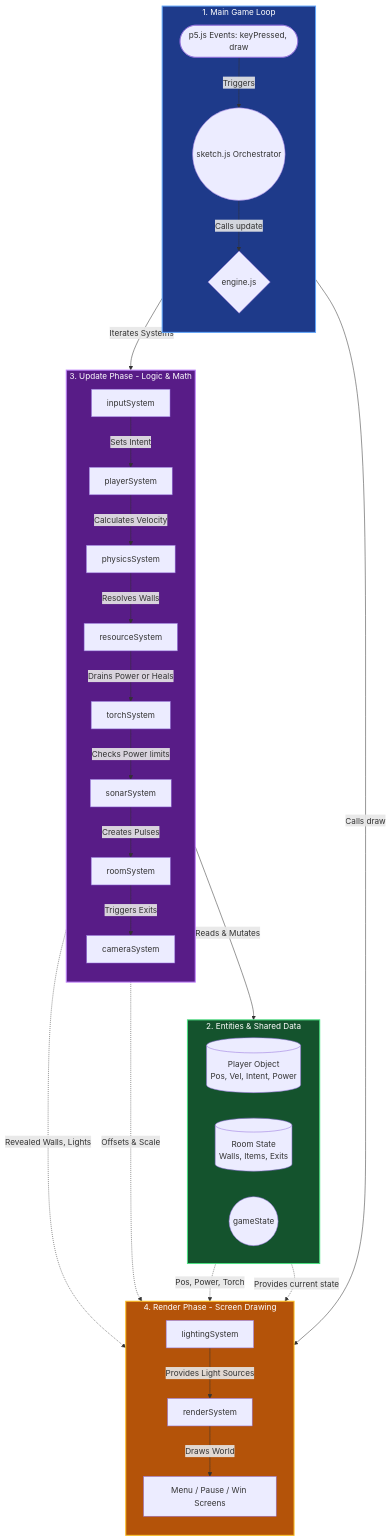
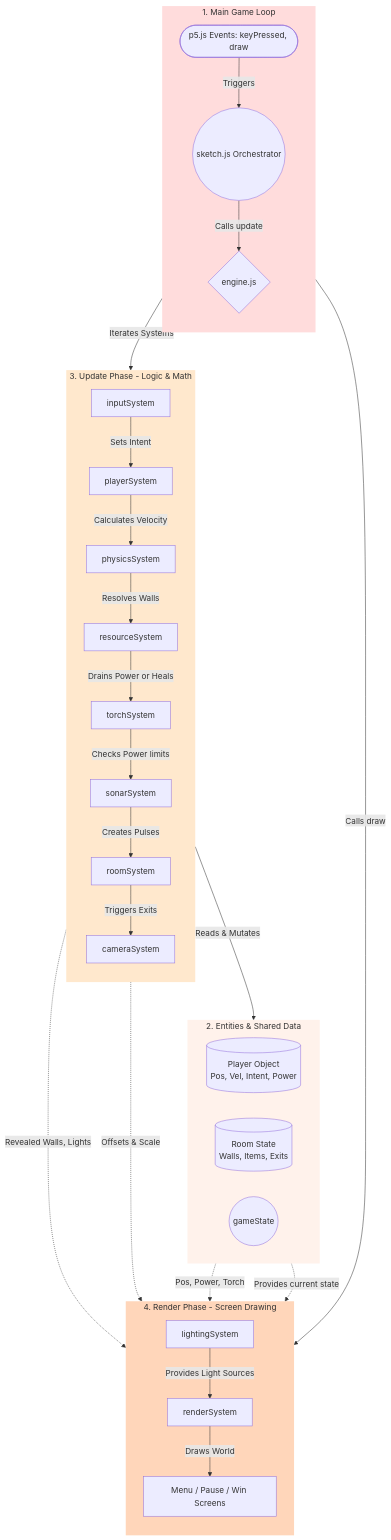
Before and after one commit to GeorgiaSweeny/2026-group-1: the second of 2 diagrams in README.md, drawn with Mermaid. The commit also changed other lines of this file, not shown here.

First line of the commit message:
Update numbered list and diagram colours for readability in README

````diff
--- a/README.md
+++ b/README.md
@@ -482,77 +489,72 @@
 ```mermaid
 
 flowchart TD
     %% 1. CORE LOOP & INPUTS
     subgraph EngineLoop [1. Main Game Loop]
         direction TB
         P5Events([p5.js Events: keyPressed, draw])
         Engine{engine.js}
         Sketch((sketch.js Orchestrator))
         
         P5Events -->|Triggers| Sketch
         Sketch -->|Calls update| Engine
     end
 
     %% 2. DATA / ENTITIES
     subgraph DataState [2. Entities & Shared Data]
         direction LR
         Player[(Player Object<br/>Pos, Vel, Intent, Power)]
         RoomData[(Room State<br/>Walls, Items, Exits)]
         GameState((gameState))
     end
 
     %% 3. UPDATE LOGIC (Executed in sequence by Engine)
     subgraph UpdateSystems [3. Update Phase - Logic & Math]
         direction TB
         Input[inputSystem]
         PlayerSys[playerSystem]
         Physics[physicsSystem]
         Resource[resourceSystem]
         Torch[torchSystem]
         Sonar[sonarSystem]
         RoomSys[roomSystem]
         Camera[cameraSystem]
 
         Input -->|Sets Intent| PlayerSys
         PlayerSys -->|Calculates Velocity| Physics
         Physics -->|Resolves Walls| Resource
         Resource -->|Drains Power or Heals| Torch
         Torch -->|Checks Power limits| Sonar
         Sonar -->|Creates Pulses| RoomSys
         RoomSys -->|Triggers Exits| Camera
     end
 
     %% 4. RENDER PHASE
     subgraph RenderSystems [4. Render Phase - Screen Drawing]
         direction TB
         Lighting[lightingSystem]
         Render[renderSystem]
         Menus[Menu / Pause / Win Screens]
 
         Lighting -->|Provides Light Sources| Render
         Render -->|Draws World| Menus
     end
 
     %% CROSS-LAYER CONNECTIONS
     Engine -->|Iterates Systems| UpdateSystems
     UpdateSystems -->|Reads & Mutates| DataState
     
     %% Specific Data Dependencies for Rendering
     Player -.->|Pos, Power, Torch| Lighting
     Sonar -.->|Revealed Walls, Lights| Lighting
     Camera -.->|Offsets & Scale| Render
     DataState -.->|Provides current state| Render
     Sketch -->|Calls draw| RenderSystems
 
-    %% STYLING
-    classDef loop fill:#1e3a8a,stroke:#60a5fa,stroke-width:2px,color:#fff
-    classDef data fill:#14532d,stroke:#4ade80,stroke-width:2px,color:#fff
-    classDef sys fill:#581c87,stroke:#c084fc,stroke-width:2px,color:#fff
-    classDef render fill:#b45309,stroke:#fbbf24,stroke-width:2px,color:#fff
-    
-    class EngineLoop loop
-    class DataState data
-    class UpdateSystems sys
-    class RenderSystems render
+	%% SUBGRAPH BACKGROUNDS
+    style EngineLoop fill:#FFDCDC,stroke:#333,stroke-width:0px
+    style DataState fill:#FFF2EB,stroke:#333,stroke-width:0px
+    style UpdateSystems fill:#FFE8CD,stroke:#333,stroke-width:0px
+    style RenderSystems fill:#FFD6BA,stroke:#333,stroke-width:0px
 
 ```
````
